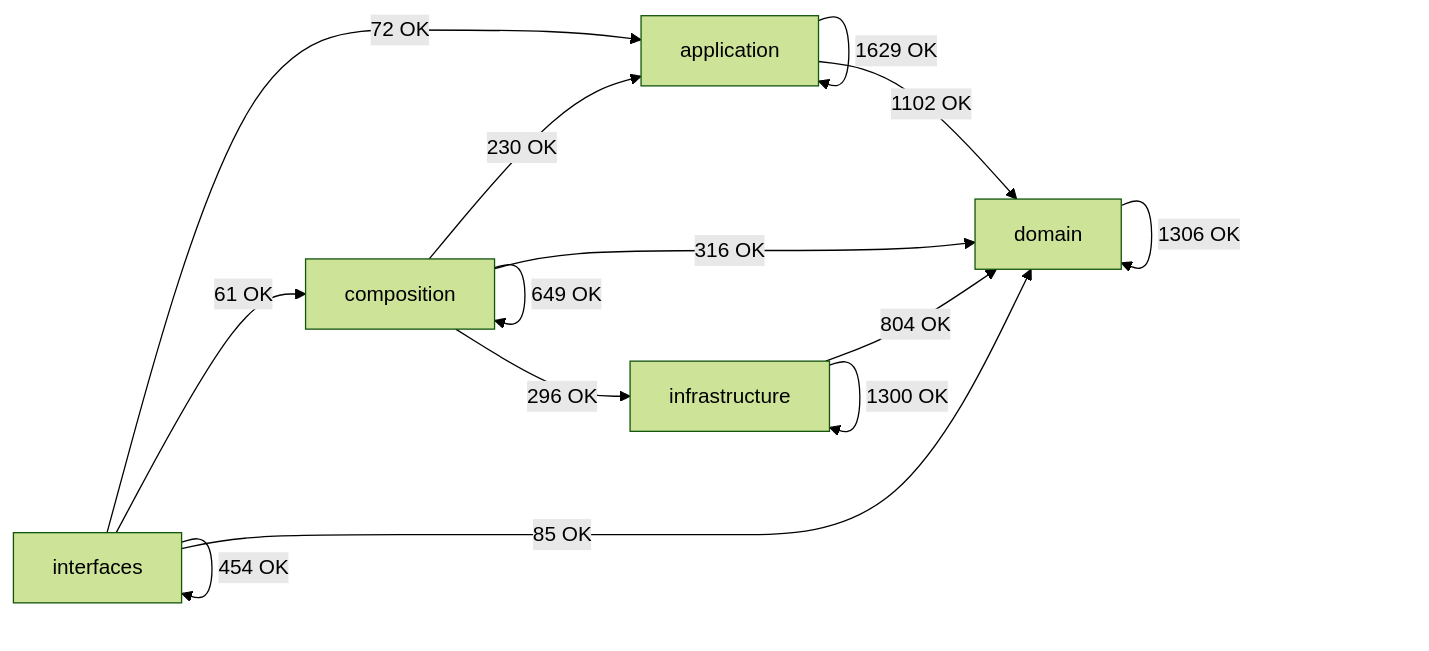
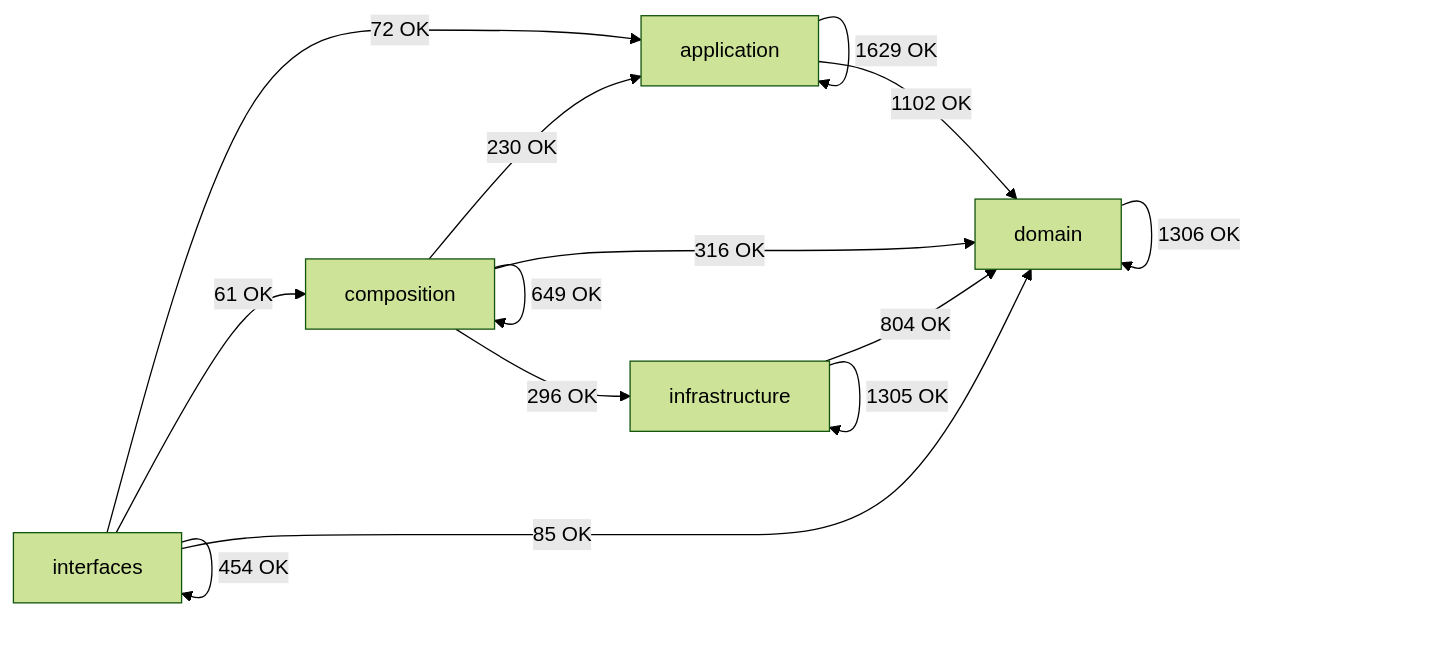
Before and after one commit to SatoryKono/BioactivityDataAcquisition: the diagram in docs/02-architecture/generated/module-dependency-map.md, drawn with Mermaid (forest theme). The commit also changed other lines of this file and 50 other files, not shown here.

````diff
--- a/docs/02-architecture/generated/module-dependency-map.md
+++ b/docs/02-architecture/generated/module-dependency-map.md
@@ -17,21 +17,21 @@
 ```mermaid
 flowchart LR
     domain[domain]
     application[application]
     infrastructure[infrastructure]
     composition[composition]
     interfaces[interfaces]
     application -->|1629 OK| application
     application -->|1102 OK| domain
     composition -->|230 OK| application
     composition -->|649 OK| composition
     composition -->|316 OK| domain
     composition -->|296 OK| infrastructure
     domain -->|1306 OK| domain
     infrastructure -->|804 OK| domain
-    infrastructure -->|1300 OK| infrastructure
+    infrastructure -->|1305 OK| infrastructure
     interfaces -->|72 OK| application
     interfaces -->|61 OK| composition
     interfaces -->|85 OK| domain
     interfaces -->|454 OK| interfaces
 ```
````
